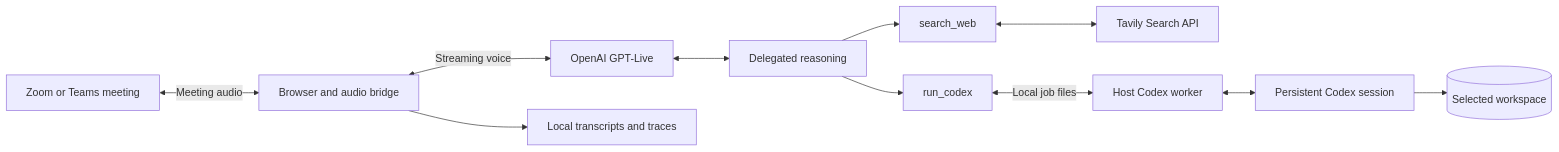
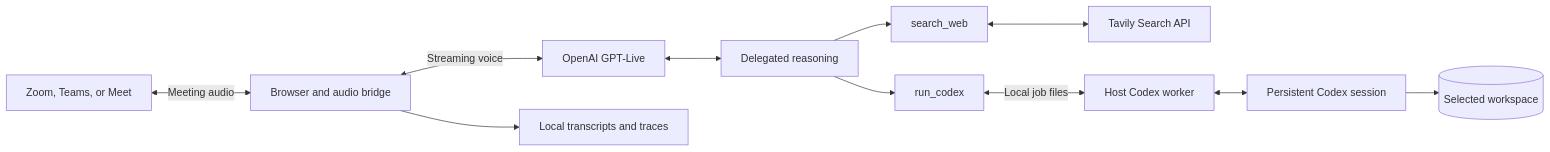
Before and after one commit to kaelorlabs/smitline: the diagram in README.md, drawn with Mermaid. The commit also changed other lines of this file and 35 other files, not shown here.

Commit message:
Add Google Meet as a third meeting platform adapter with guest-first Google account fallback.

````diff
--- a/README.md
+++ b/README.md
@@ -156,13 +156,13 @@
 ```mermaid
 flowchart LR
-    Team[Zoom or Teams meeting] <-->|Meeting audio| Bridge[Browser and audio bridge]
+    Team[Zoom, Teams, or Meet] <-->|Meeting audio| Bridge[Browser and audio bridge]
     Bridge <-->|Streaming voice| Voice[OpenAI GPT-Live]
     Voice <--> Backend[Delegated reasoning]
     Backend --> Search[search_web]
     Search <--> Tavily[Tavily Search API]
     Backend --> Tool[run_codex]
     Tool <-->|Local job files| Worker[Host Codex worker]
     Worker <--> Session[Persistent Codex session]
     Session --> Workspace[(Selected workspace)]
     Bridge --> Records[Local transcripts and traces]
 ```
````
